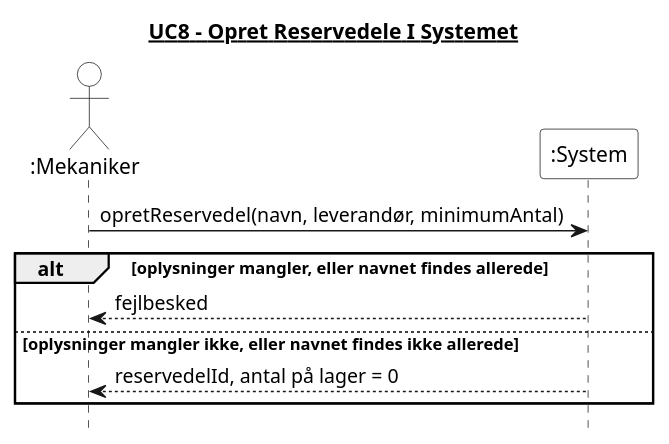
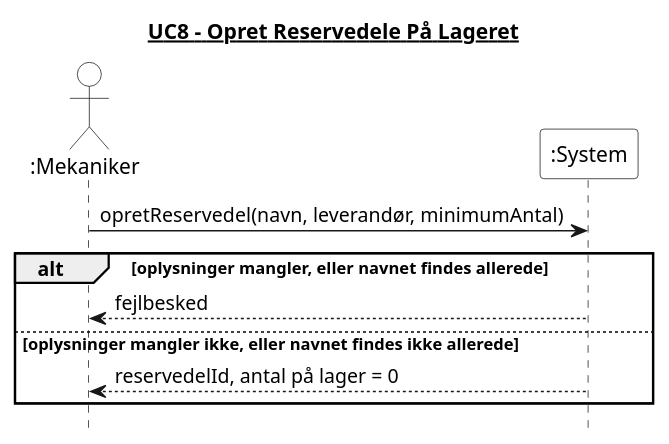
The diagram in 4. System Sekvens Diagram/UC8_opret_reservedele.puml (Zoabz/Getting-Real), drawn with PlantUML before and after one commit. The commit also changed 45 other files, not shown here.

```diff
--- a/4. System Sekvens Diagram/UC8_opret_reservedele.puml
+++ b/4. System Sekvens Diagram/UC8_opret_reservedele.puml
@@ -1,25 +1,25 @@
 @startuml
-title <u>UC8 - Opret Reservedele I Systemet</u>
+title <u>UC8 - Opret Reservedele På Lageret</u>
 hide footbox
 skinparam monochrome true
 skinparam shadowing false
 skinparam backgroundColor white
 skinparam actor {
   BackgroundColor white
 }
 skinparam participant {
   BackgroundColor white
 }
 
 actor ":Mekaniker"
 participant ":System" as System
 
 ":Mekaniker" -> System : opretReservedel(navn, leverandør, minimumAntal)
 
 alt oplysninger mangler, eller navnet findes allerede
   System --> ":Mekaniker" : fejlbesked
 else oplysninger mangler ikke, eller navnet findes ikke allerede
   System --> ":Mekaniker" : reservedelId, antal på lager = 0
 end
 
 @enduml
```
